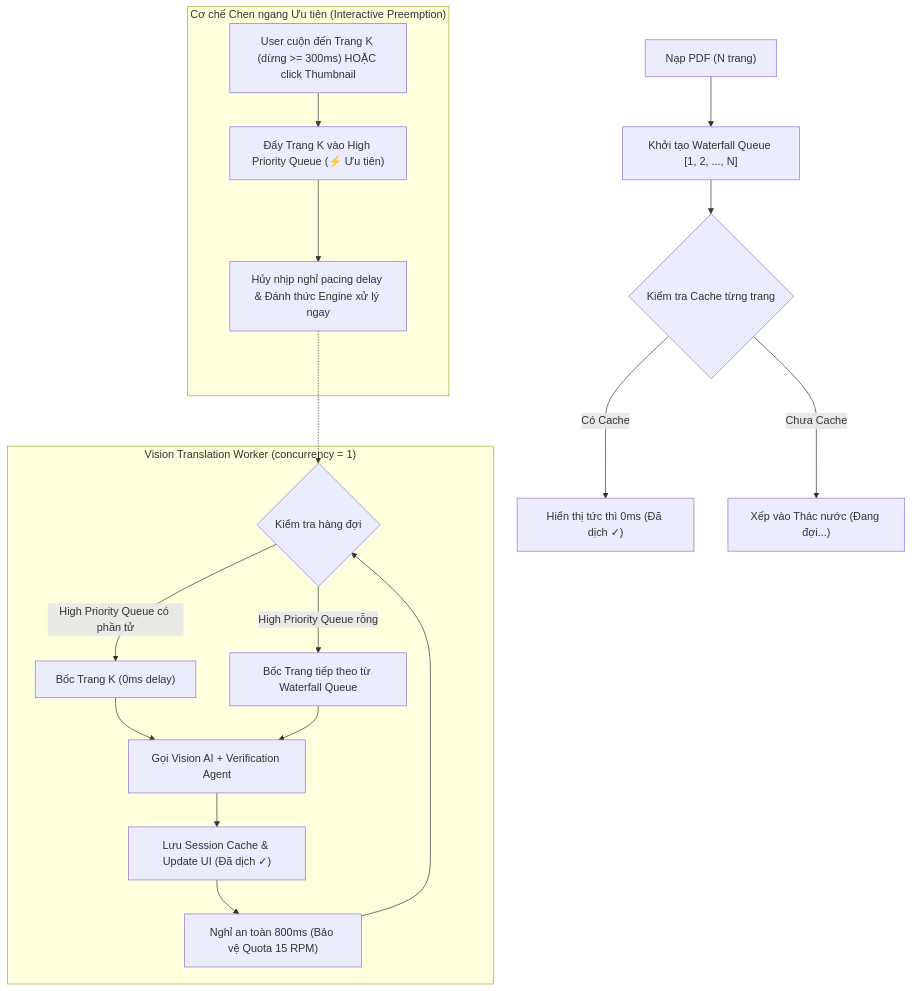
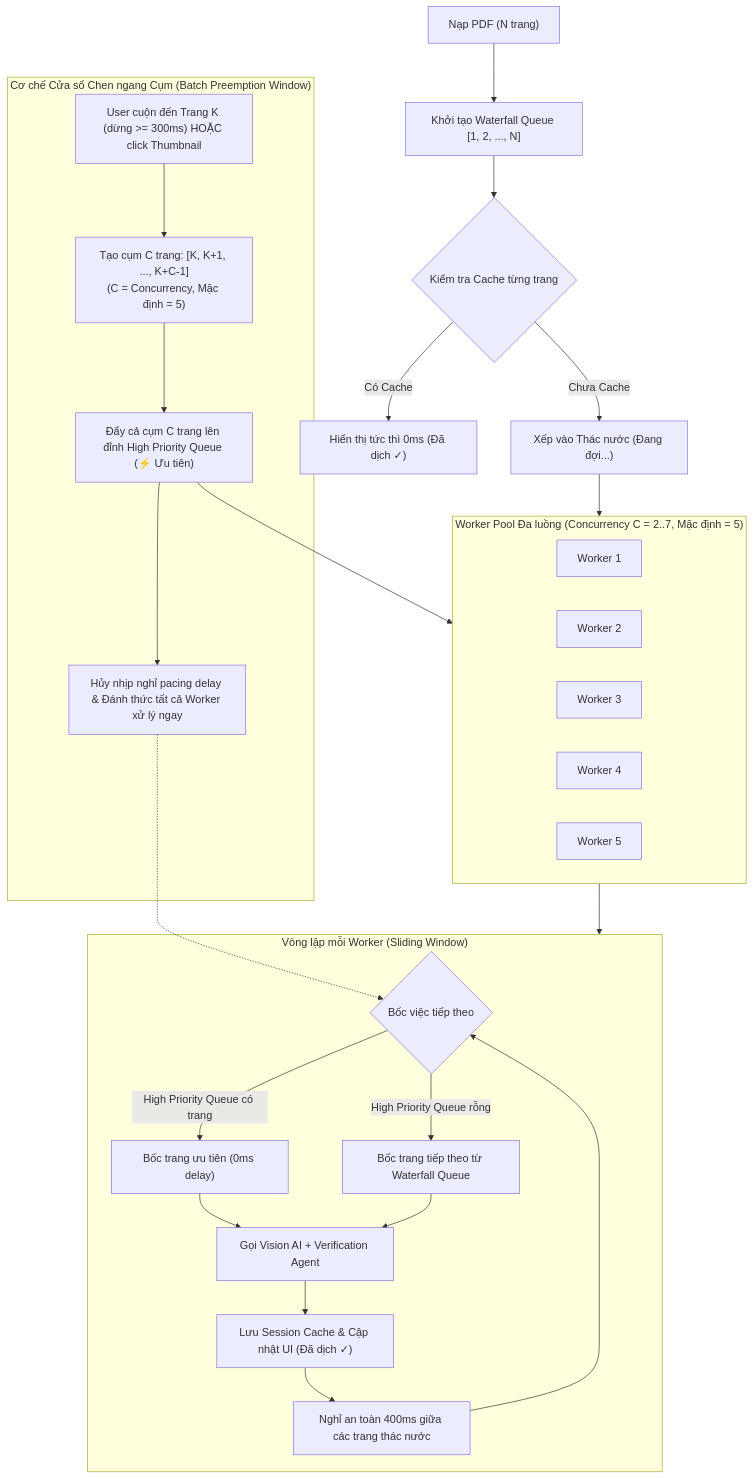
The second of 2 diagrams in docs/ISSUES_LOG.md (vukhai248/Live-Trans), drawn with Mermaid before and after one commit. The commit also changed other lines of this file and 4 other files, not shown here.

Commit message:
feat(viewer): multi-worker concurrent queue and batch preemption window (ISSUE-010)

````diff
--- a/docs/ISSUES_LOG.md
+++ b/docs/ISSUES_LOG.md
@@ -39,27 +40,40 @@
 ```mermaid
 flowchart TD
     Start["Nạp PDF (N trang)"] --> Init["Khởi tạo Waterfall Queue [1, 2, ..., N]"]
     Init --> CheckCache{"Kiểm tra Cache từng trang"}
     CheckCache -- "Có Cache" --> DoneInstant["Hiển thị tức thì 0ms (Đã dịch ✓)"]
     CheckCache -- "Chưa Cache" --> QueueList["Xếp vào Thác nước (Đang đợi...)"]
 
-    subgraph Preemption ["Cơ chế Chen ngang Ưu tiên (Interactive Preemption)"]
-        UserScroll["User cuộn đến Trang K (dừng >= 300ms) HOẶC click Thumbnail"] --> HighQ["Đẩy Trang K vào High Priority Queue (⚡ Ưu tiên)"]
-        HighQ --> WakeTimer["Hủy nhịp nghỉ pacing delay & Đánh thức Engine xử lý ngay"]
+    subgraph BatchPreempt ["Cơ chế Cửa sổ Chen ngang Cụm (Batch Preemption Window)"]
+        UserScroll["User cuộn đến Trang K (dừng >= 300ms) HOẶC click Thumbnail"] --> BatchGen["Tạo cụm C trang: [K, K+1, ..., K+C-1]<br/>(C = Concurrency, Mặc định = 5)"]
+        BatchGen --> HighQ["Đẩy cả cụm C trang lên đỉnh High Priority Queue (⚡ Ưu tiên)"]
+        HighQ --> WakeTimer["Hủy nhịp nghỉ pacing delay & Đánh thức tất cả Worker xử lý ngay"]
     end
 
-    subgraph Worker ["Vision Translation Worker (concurrency = 1)"]
-        Loop{"Kiểm tra hàng đợi"}
-        Loop -- "High Priority Queue có phần tử" --> PopHigh["Bốc Trang K (0ms delay)"]
-        Loop -- "High Priority Queue rỗng" --> PopWater["Bốc Trang tiếp theo từ Waterfall Queue"]
+    subgraph Pool ["Worker Pool Đa luồng (Concurrency C = 2..7, Mặc định = 5)"]
+        W1["Worker 1"]
+        W2["Worker 2"]
+        W3["Worker 3"]
+        W4["Worker 4"]
+        W5["Worker 5"]
+    end
+
+    HighQ --> Pool
+    QueueList --> Pool
+
+    subgraph WorkerCycle ["Vòng lặp mỗi Worker (Sliding Window)"]
+        Pick{"Bốc việc tiếp theo"}
+        Pick -- "High Priority Queue có trang" --> PopHigh["Bốc trang ưu tiên (0ms delay)"]
+        Pick -- "High Priority Queue rỗng" --> PopWater["Bốc trang tiếp theo từ Waterfall Queue"]
         
         PopHigh --> ExecTrans["Gọi Vision AI + Verification Agent"]
         PopWater --> ExecTrans
         
-        ExecTrans --> SaveCache["Lưu Session Cache & Update UI (Đã dịch ✓)"]
-        SaveCache --> Pacing["Nghỉ an toàn 800ms (Bảo vệ Quota 15 RPM)"]
-        Pacing --> Loop
+        ExecTrans --> SaveCache["Lưu Session Cache & Cập nhật UI (Đã dịch ✓)"]
+        SaveCache --> Pacing["Nghỉ an toàn 400ms giữa các trang thác nước"]
+        Pacing --> Pick
     end
 
-    WakeTimer -.-> Loop
+    Pool --> WorkerCycle
+    WakeTimer -.-> Pick
 ```
````
